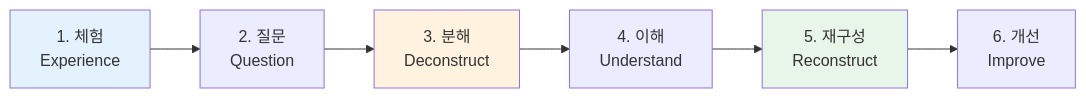
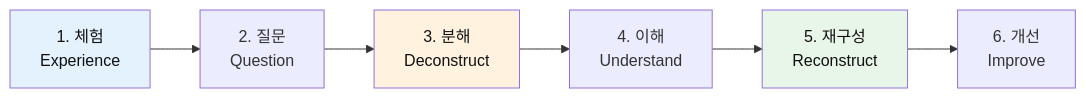
Before and after one commit to Collegenie-X/AIMakerLab_Web: the sixth of 23 diagrams in documents/6차식/6차시_고등_대화형스토리Agent_역공부.md, drawn with Mermaid. The commit also changed other lines of this file and 24 other files, not shown here.

````diff
--- a/documents/6차식/6차시_고등_대화형스토리Agent_역공부.md
+++ b/documents/6차식/6차시_고등_대화형스토리Agent_역공부.md
@@ -253,12 +536,12 @@
 ```mermaid
 graph LR
     A[1. 체험<br/>Experience] --> B[2. 질문<br/>Question]
     B --> C[3. 분해<br/>Deconstruct]
     C --> D[4. 이해<br/>Understand]
     D --> E[5. 재구성<br/>Reconstruct]
     E --> F[6. 개선<br/>Improve]
     
-    style A fill:#e3f2fd
-    style C fill:#fff3e0
-    style E fill:#e8f5e9
+    style A fill:#e3f2fd,color:#111
+    style C fill:#fff3e0,color:#111
+    style E fill:#e8f5e9,color:#111
 ```
````
